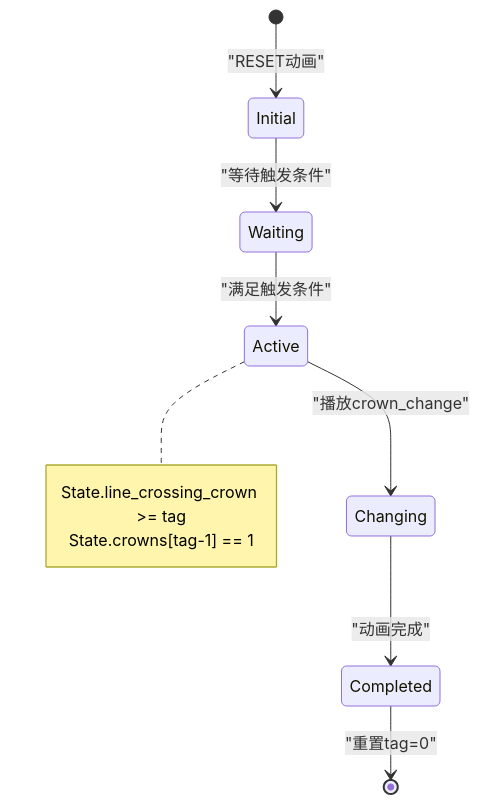
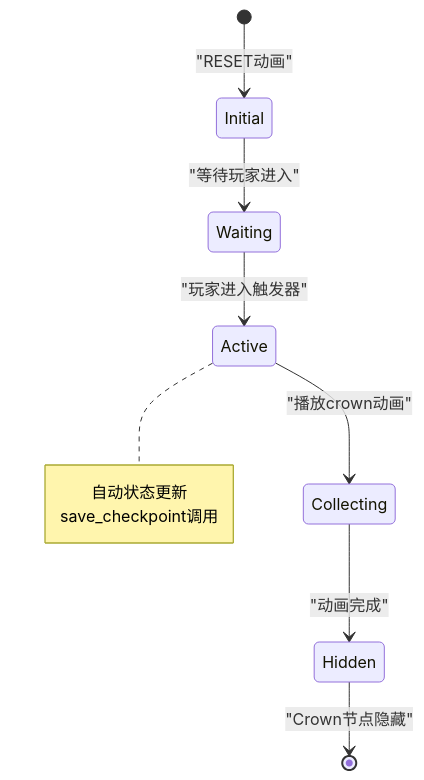
The fifth of 7 diagrams in .qoder/repowiki/zh/content/游戏系统/触发器系统/CrownSet触发器.md (godotline/godot-line), drawn with Mermaid before and after one commit. The commit also changed other lines of this file and 17 other files, not shown here.

````diff
--- a/.qoder/repowiki/zh/content/游戏系统/触发器系统/CrownSet触发器.md
+++ b/.qoder/repowiki/zh/content/游戏系统/触发器系统/CrownSet触发器.md
@@ -197,13 +203,13 @@
 ```mermaid
 stateDiagram-v2
 [*] --> Initial : "RESET动画"
-Initial --> Waiting : "等待触发条件"
-Waiting --> Active : "满足触发条件"
-Active --> Changing : "播放crown_change"
-Changing --> Completed : "动画完成"
-Completed --> [*] : "重置tag=0"
+Initial --> Waiting : "等待玩家进入"
+Waiting --> Active : "玩家进入触发器"
+Active --> Collecting : "播放crown动画"
+Collecting --> Hidden : "动画完成"
+Hidden --> [*] : "Crown节点隐藏"
 note right of Active
-State.line_crossing_crown >= tag
-State.crowns[tag-1] == 1
+自动状态更新
+save_checkpoint调用
 end note
 ```
````
